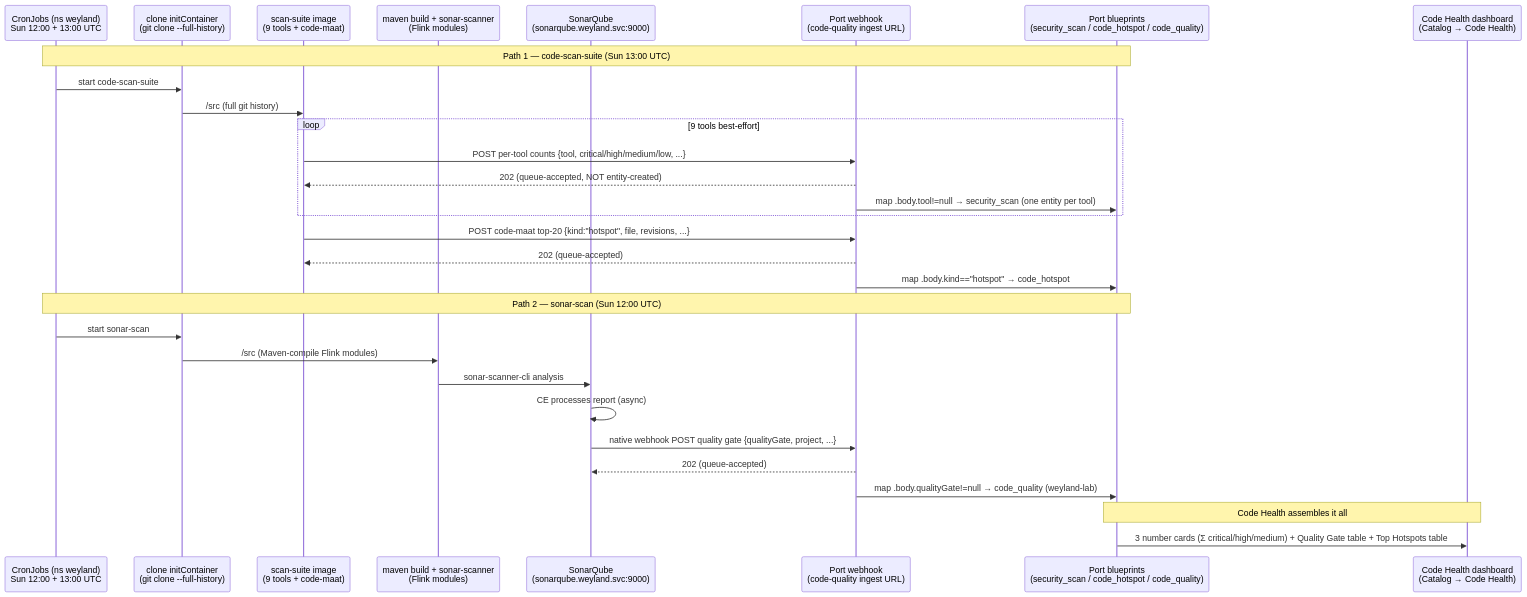
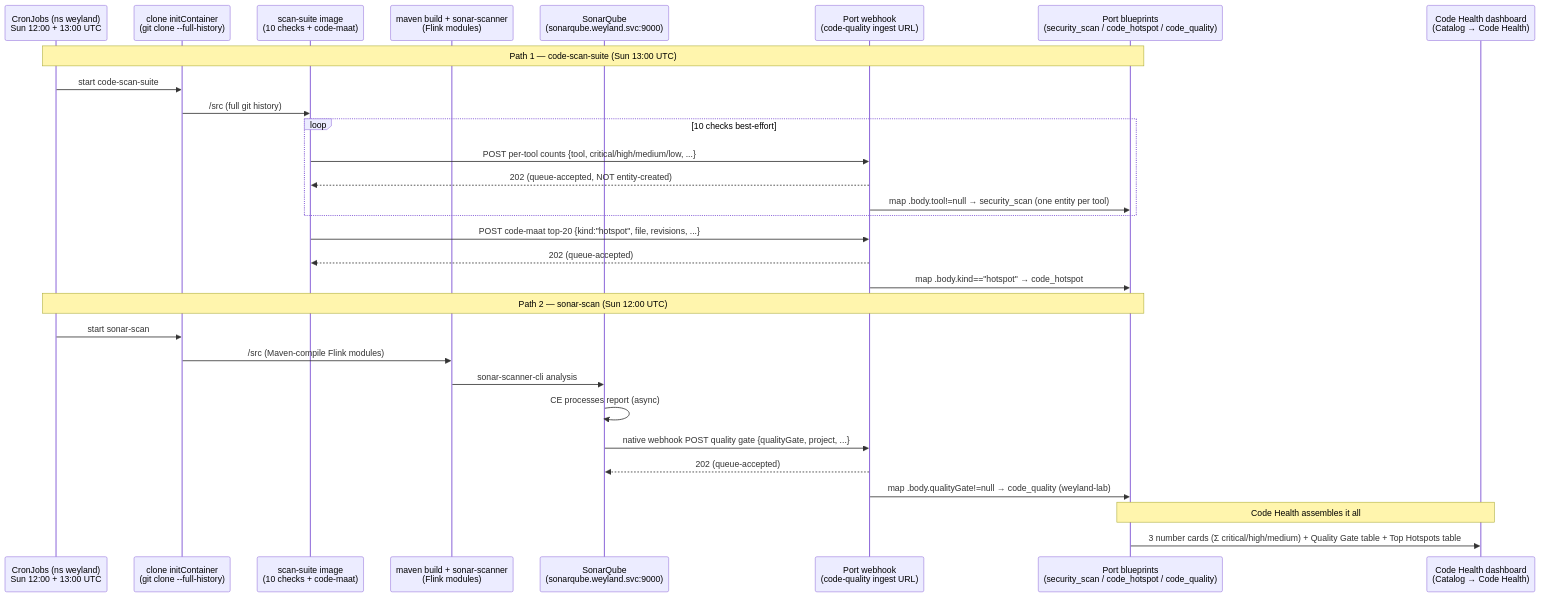
One commit to edtbl76/weyland-lab changed the diagram in docs/diagrams/flow-code-quality.md. Above: the diagram before and after it, drawn with Mermaid. The commit also changed other lines of this file and 4 other files, not shown here.

````diff
--- a/docs/diagrams/flow-code-quality.md
+++ b/docs/diagrams/flow-code-quality.md
@@ -22,35 +22,35 @@
 ```mermaid
 sequenceDiagram
     participant Cron as CronJobs (ns weyland)<br/>Sun 12:00 + 13:00 UTC
     participant Clone as clone initContainer<br/>(git clone --full-history)
-    participant Suite as scan-suite image<br/>(9 tools + code-maat)
+    participant Suite as scan-suite image<br/>(10 checks + code-maat)
     participant Maven as maven build + sonar-scanner<br/>(Flink modules)
     participant Sonar as SonarQube<br/>(sonarqube.weyland.svc:9000)
     participant Ingest as Port webhook<br/>(code-quality ingest URL)
     participant BP as Port blueprints<br/>(security_scan / code_hotspot / code_quality)
     participant Dash as Code Health dashboard<br/>(Catalog → Code Health)
 
     Note over Cron,BP: Path 1 — code-scan-suite (Sun 13:00 UTC)
     Cron->>Clone: start code-scan-suite
     Clone->>Suite: /src (full git history)
-    loop 9 tools best-effort
+    loop 10 checks best-effort
         Suite->>Ingest: POST per-tool counts {tool, critical/high/medium/low, ...}
         Ingest-->>Suite: 202 (queue-accepted, NOT entity-created)
         Ingest->>BP: map .body.tool!=null → security_scan (one entity per tool)
     end
     Suite->>Ingest: POST code-maat top-20 {kind:"hotspot", file, revisions, ...}
     Ingest-->>Suite: 202 (queue-accepted)
     Ingest->>BP: map .body.kind=="hotspot" → code_hotspot
 
     Note over Cron,BP: Path 2 — sonar-scan (Sun 12:00 UTC)
     Cron->>Clone: start sonar-scan
     Clone->>Maven: /src (Maven-compile Flink modules)
     Maven->>Sonar: sonar-scanner-cli analysis
     Sonar->>Sonar: CE processes report (async)
     Sonar->>Ingest: native webhook POST quality gate {qualityGate, project, ...}
     Ingest-->>Sonar: 202 (queue-accepted)
     Ingest->>BP: map .body.qualityGate!=null → code_quality (weyland-lab)
 
     Note over BP,Dash: Code Health assembles it all
     BP->>Dash: 3 number cards (Σ critical/high/medium) + Quality Gate table + Top Hotspots table
 ```
````
